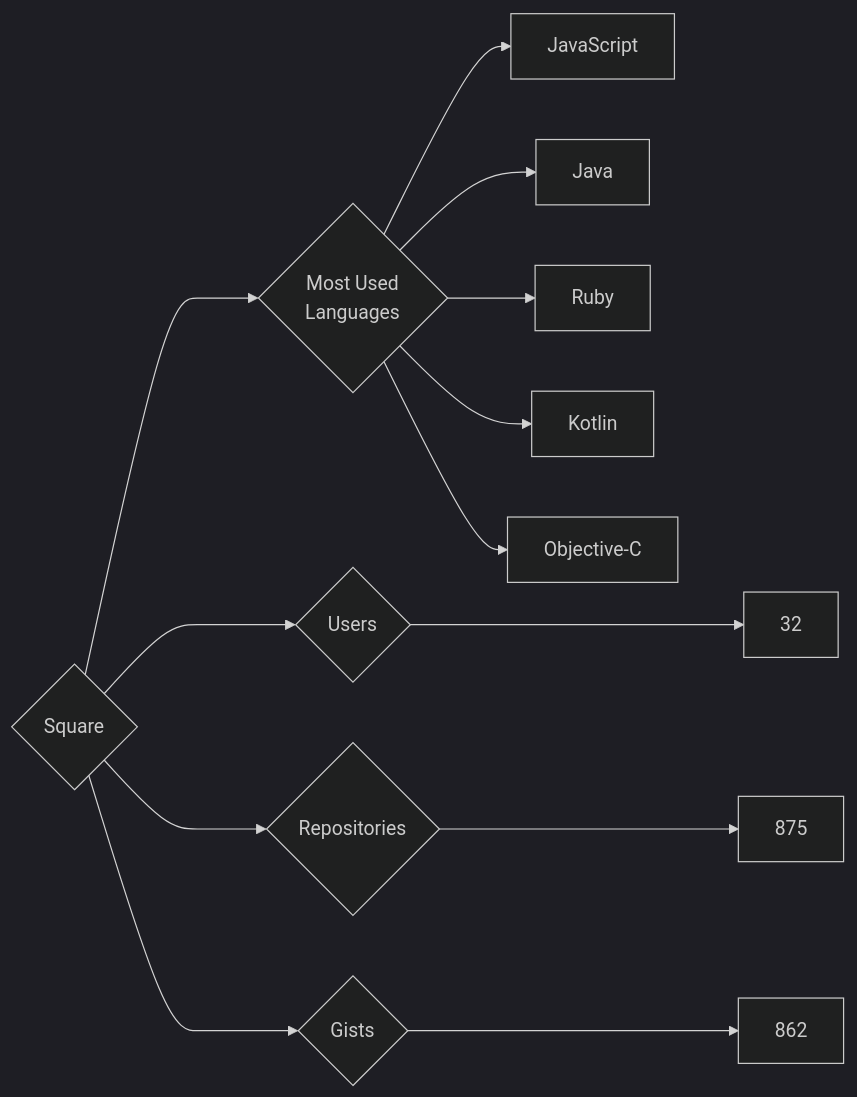
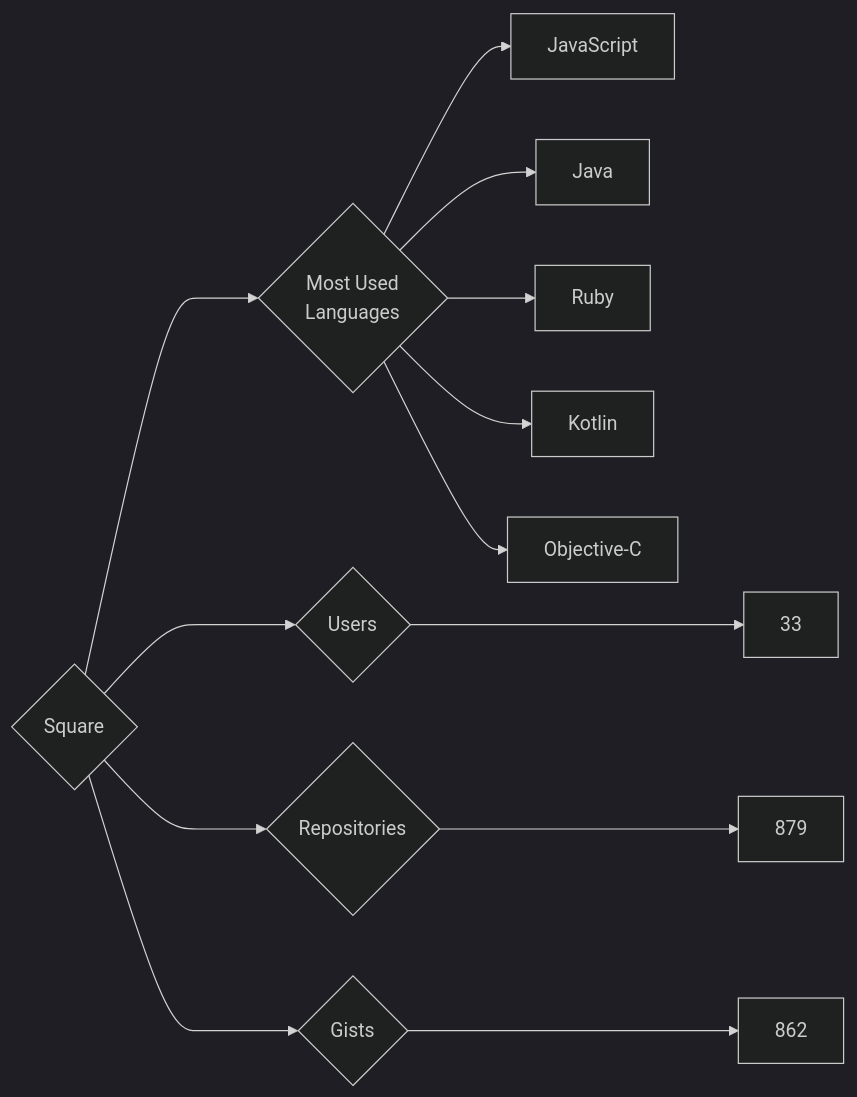
The diagram in targets/Square/README.md (trickest/insiders), drawn with Mermaid (dark theme) before and after one commit. The commit also changed 920 other files, not shown here.

````diff
--- a/targets/Square/README.md
+++ b/targets/Square/README.md
@@ -3,13 +3,13 @@
 ```mermaid
 graph LR
 COMPANY_NAME{Square}
-COMPANY_NAME ---> U{Users} ---> UN[32]
-COMPANY_NAME ---> R{Repositories} ---> RN[875]
+COMPANY_NAME ---> U{Users} ---> UN[33]
+COMPANY_NAME ---> R{Repositories} ---> RN[879]
 COMPANY_NAME ---> G{Gists} ---> GN[862]
 COMPANY_NAME ---> ML{Most Used<br>Languages}
 ML --> JavaScript[JavaScript]
 ML --> Java[Java]
 ML --> Ruby[Ruby]
 ML --> Kotlin[Kotlin]
 ML --> Objective-C[Objective-C]
 ```
````
